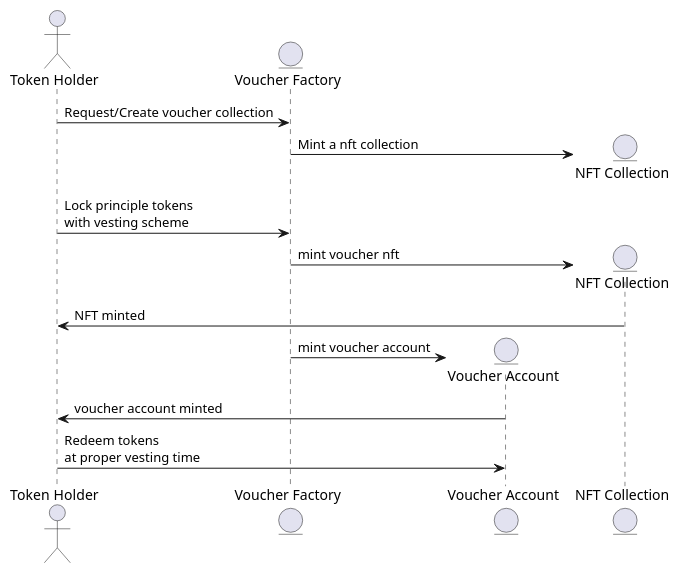
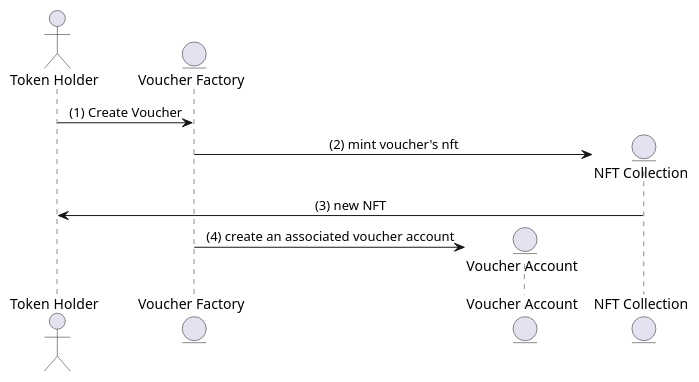
One commit to vemo-network/vemo-core-protocol changed the diagram in doc/@minting_voucher.md. Above: the diagram before and after it, drawn with PlantUML. The commit also changed 3 other files, not shown here.

```diff
--- a/doc/@minting_voucher.md
+++ b/doc/@minting_voucher.md
@@ -1,23 +1,17 @@
 @startuml
+skinparam sequenceMessageAlign center
 actor TokenHolder as "Token Holder"
 entity VoucherFactory as "Voucher Factory"
 entity VoucherAccount as "Voucher Account"
-entity Collection as "NFT Collection"
-
-TokenHolder -> VoucherFactory: Request/Create voucher collection
-create Collection
-VoucherFactory -> Collection: Mint a nft collection
+entity NFT as "NFT Collection"
 
 
-TokenHolder -> VoucherFactory:  Lock principle tokens\nwith vesting scheme
-create Collection
-VoucherFactory -> Collection: mint voucher nft
-Collection -> TokenHolder: NFT minted
+TokenHolder -> VoucherFactory:  (1) Create Voucher
+create NFT
+VoucherFactory -> NFT: (2) mint voucher's nft
+NFT -> TokenHolder: (3) new NFT
 create VoucherAccount
-VoucherFactory -> VoucherAccount: mint voucher account
-VoucherAccount -> TokenHolder: voucher account minted
+VoucherFactory -> VoucherAccount: (4) create an associated voucher account 
 
 
-
-TokenHolder -> VoucherAccount: Redeem tokens\nat proper vesting time
 @enduml
```
